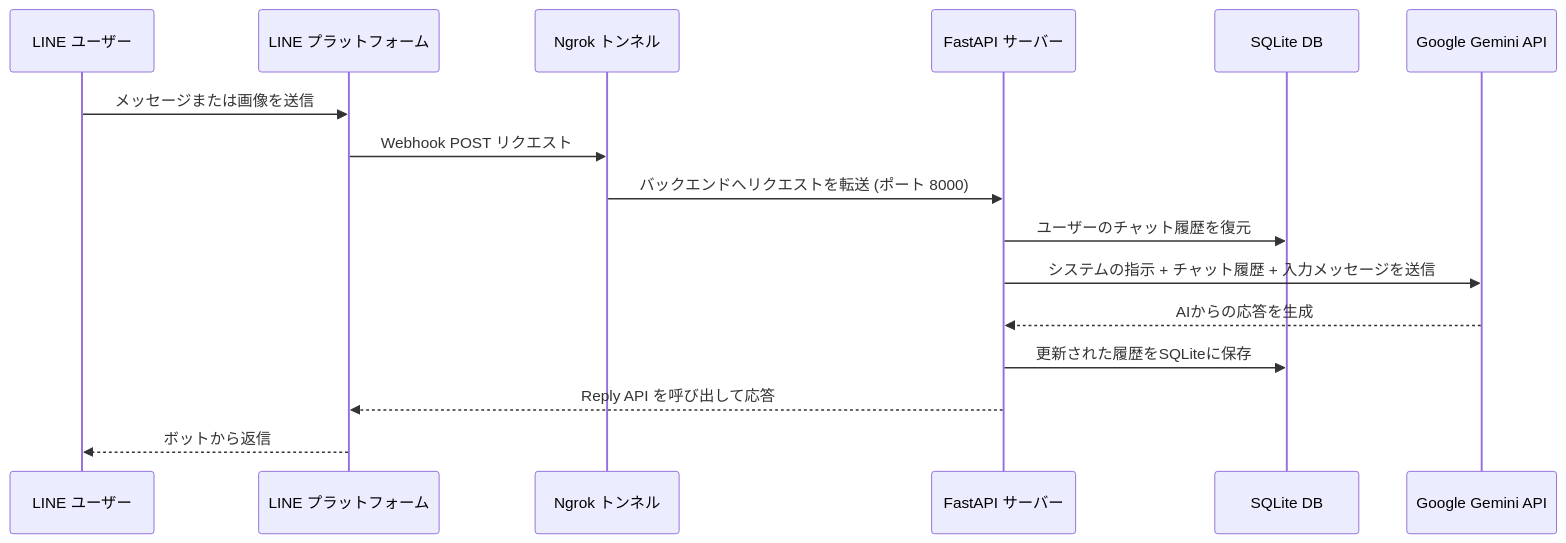
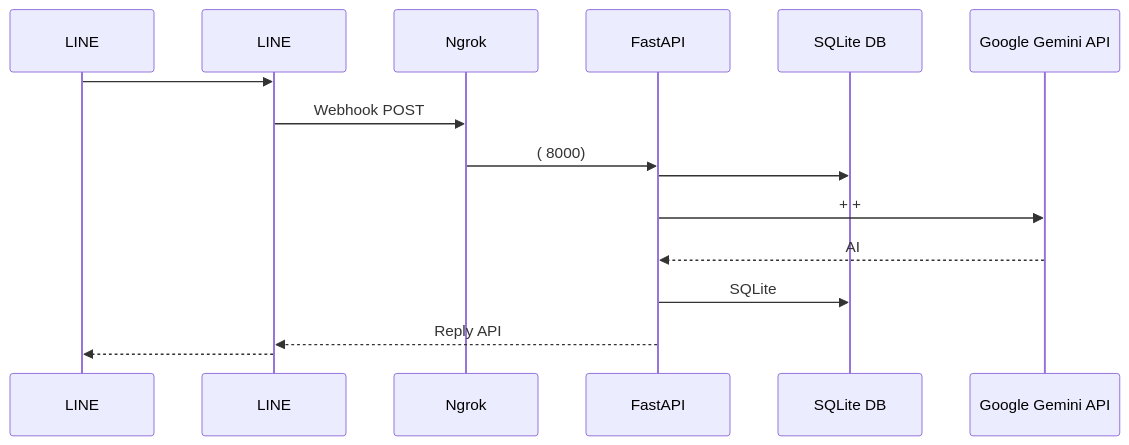
One commit to welltilln/fastapi-line-gemini changed the diagram in docs/README-JA.md. Above: the diagram before and after it, drawn with Mermaid. The commit also changed other lines of this file and 5 other files, not shown here.

````diff
--- a/docs/README-JA.md
+++ b/docs/README-JA.md
@@ -26,19 +26,19 @@
 ```mermaid
 sequenceDiagram
-    participant User as LINE ユーザー
-    participant LINE as LINE プラットフォーム
-    participant Ngrok as Ngrok トンネル
-    participant App as FastAPI サーバー
+    participant User as LINE 
+    participant LINE as LINE 
+    participant Ngrok as Ngrok 
+    participant App as FastAPI 
     participant DB as SQLite DB
     participant Gemini as Google Gemini API
 
-    User->>LINE: メッセージまたは画像を送信
-    LINE->>Ngrok: Webhook POST リクエスト
-    Ngrok->>App: バックエンドへリクエストを転送 (ポート 8000)
-    App->>DB: ユーザーのチャット履歴を復元
-    App->>Gemini: システムの指示 + チャット履歴 + 入力メッセージを送信
-    Gemini-->>App: AIからの応答を生成
-    App->>DB: 更新された履歴をSQLiteに保存
-    App-->>LINE: Reply API を呼び出して応答
-    LINE-->>User: ボットから返信
+    User->>LINE: 
+    LINE->>Ngrok: Webhook POST 
+    Ngrok->>App:  ( 8000)
+    App->>DB: 
+    App->>Gemini:  +  + 
+    Gemini-->>App: AI
+    App->>DB: SQLite
+    App-->>LINE: Reply API 
+    LINE-->>User: 
 ```
````
